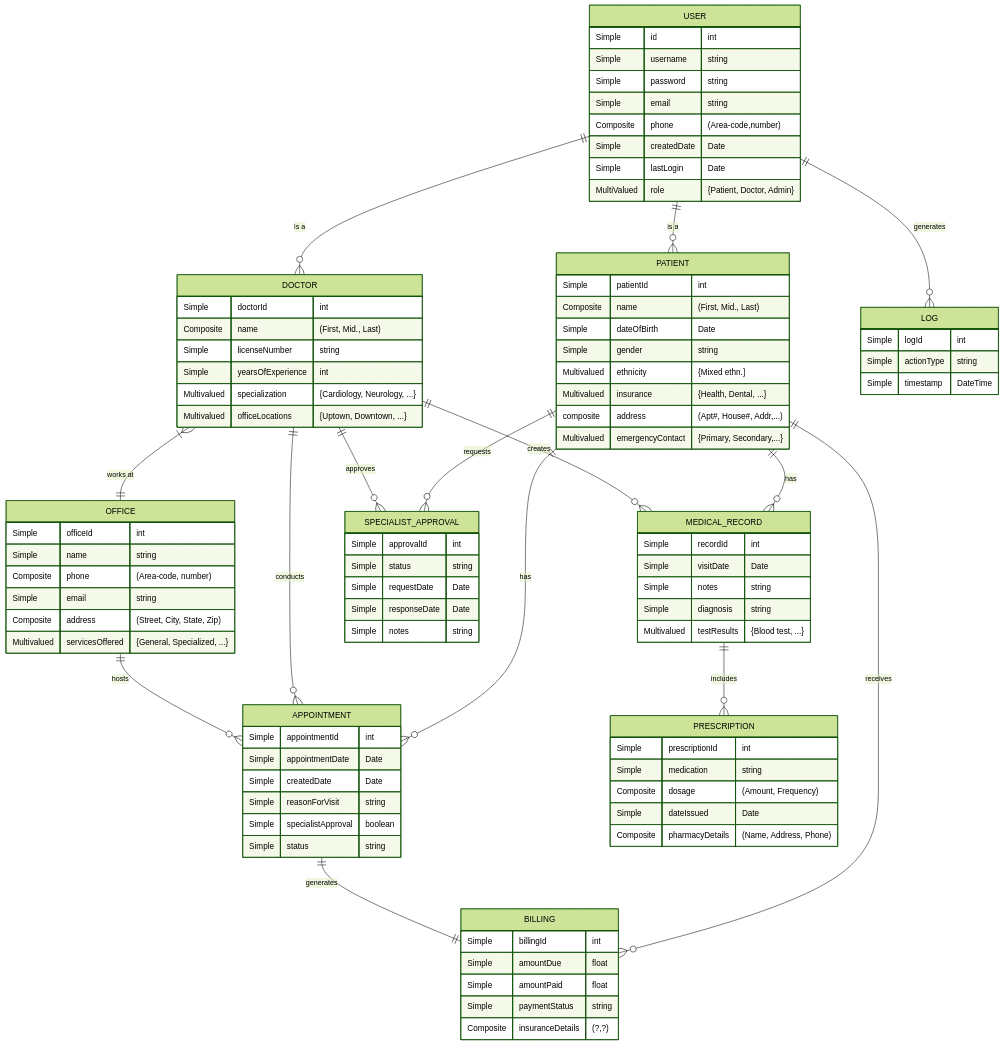
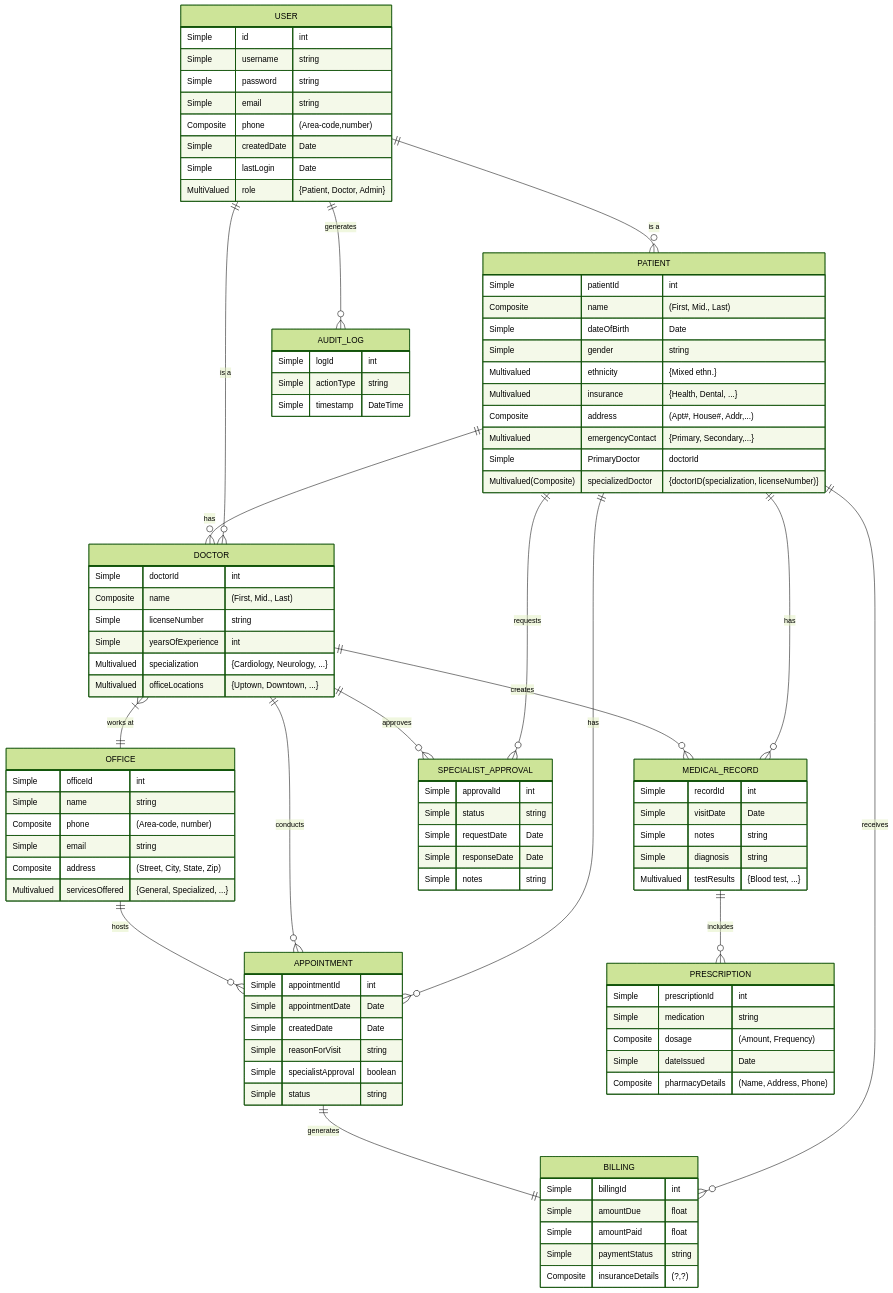
Before and after one commit to sudoneoox/Medical-Clinic: the diagram in Diagram/ER_MedicalDB.mmd, drawn with Mermaid (forest theme). The commit also changed 1 other file, not shown here.

Commit message:
add two more attributes to patient to send a task when a patient requests to see a specialist to their primary doctor and to distinguish the different multiple specialty doctors a patient may have whenever booking an appointment

```diff
--- a/Diagram/ER_MedicalDB.mmd
+++ b/Diagram/ER_MedicalDB.mmd
@@ -1,93 +1,98 @@
+
 erDiagram
     USER {
         Simple id "int"  
         Simple username "string" 
         Simple password "string"
         Simple email "string"
         Composite phone "(Area-code,number)" 
         Simple createdDate "Date"
         Simple lastLogin "Date"   
         MultiValued role "{Patient, Doctor, Admin}"
     }
     PATIENT {
         Simple patientId "int" 
         Composite name "(First, Mid., Last)" 
         Simple dateOfBirth "Date" 
         Simple gender "string"  
         Multivalued ethnicity "{Mixed ethn.}" 
         Multivalued insurance "{Health, Dental, ...}"  
-        composite address "(Apt#, House#, Addr,...)" 
+        Composite address "(Apt#, House#, Addr,...)" 
         Multivalued emergencyContact "{Primary, Secondary,...}"
+        Simple PrimaryDoctor "doctorId"
+        Multivalued(Composite) specializedDoctor "{doctorID(specialization, licenseNumber)}"
+
     }
     DOCTOR {
         Simple doctorId "int"
         Composite name "(First, Mid., Last)"
         Simple licenseNumber "string"
         Simple yearsOfExperience "int"
         Multivalued specialization "{Cardiology, Neurology, ...}"
         Multivalued officeLocations "{Uptown, Downtown, ...}"
     }
     OFFICE {
         Simple officeId "int"
         Simple name "string"
         Composite phone "(Area-code, number)"
         Simple email "string"
         Composite address "(Street, City, State, Zip)"
         Multivalued servicesOffered "{General, Specialized, ...}"
     }
     APPOINTMENT {
         Simple appointmentId "int"
         Simple appointmentDate "Date"
         Simple createdDate "Date"
         Simple reasonForVisit "string"
         Simple specialistApproval "boolean"
         Simple status "string"
     }
     MEDICAL_RECORD {
         Simple recordId "int"
         Simple visitDate "Date"
         Simple notes "string"
         Simple diagnosis "string"
         Multivalued testResults "{Blood test, ...}"
     }
     PRESCRIPTION {
         Simple prescriptionId "int"
         Simple medication "string"
         Composite dosage "(Amount, Frequency)"
         Simple dateIssued "Date"
         Composite pharmacyDetails "(Name, Address, Phone)"
     }
     SPECIALIST_APPROVAL {
         Simple approvalId "int"
         Simple status "string"
         Simple requestDate "Date"
         Simple responseDate "Date"
         Simple notes "string"
     }
     BILLING {
         Simple billingId "int"
         Simple amountDue "float"
         Simple amountPaid "float"
         Simple paymentStatus "string"
         Composite insuranceDetails "(?,?)"
     }
-    LOG {
+    AUDIT_LOG {
         Simple logId "int"
         Simple actionType "string"
         Simple timestamp "DateTime"
     }
 
     USER ||--o{ PATIENT : "is a"
     USER ||--o{ DOCTOR : "is a"
     PATIENT ||--o{ APPOINTMENT : "has"
+    PATIENT ||--o{ DOCTOR: "has" 
     DOCTOR ||--o{ APPOINTMENT : "conducts"
     OFFICE ||--o{ APPOINTMENT : "hosts"
     PATIENT ||--o{ MEDICAL_RECORD : "has"
     DOCTOR ||--o{ MEDICAL_RECORD : "creates"
     MEDICAL_RECORD ||--o{ PRESCRIPTION : "includes"
     PATIENT ||--o{ SPECIALIST_APPROVAL : "requests"
     DOCTOR ||--o{ SPECIALIST_APPROVAL : "approves"
     PATIENT ||--o{ BILLING : "receives"
     APPOINTMENT ||--|| BILLING : "generates"
-    USER ||--o{ LOG : "generates"
+    USER ||--o{ AUDIT_LOG : "generates"
     DOCTOR }|--|| OFFICE : "works at"
```
